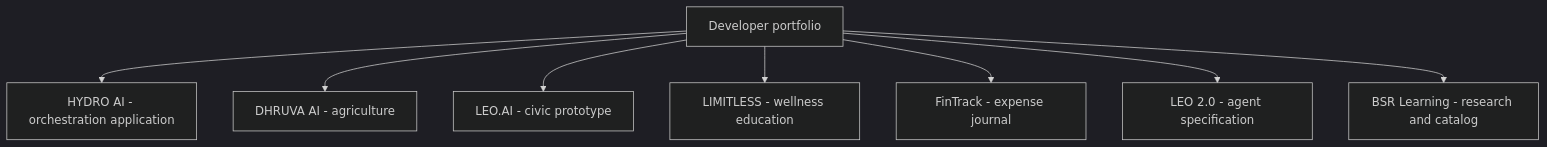
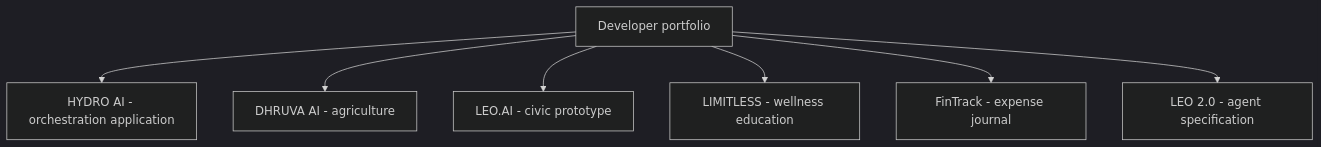
Before and after one commit to svsramakrishnanaidu-rgb/svsramakrishnanaidu-rgb: the first of 2 diagrams in ENGINEERING_GUIDE.md, drawn with Mermaid (dark theme). The commit also changed other lines of this file, not shown here.

Commit message:
Repair portfolio references after BSR Learning removal

```diff
--- a/ENGINEERING_GUIDE.md
+++ b/ENGINEERING_GUIDE.md
@@ -7,11 +7,10 @@
 ~~~mermaid
 flowchart TD
  P[Developer portfolio]
  P --> H[HYDRO AI - orchestration application]
  P --> D[DHRUVA AI - agriculture]
  P --> L[LEO.AI - civic prototype]
  P --> W[LIMITLESS - wellness education]
  P --> F[FinTrack - expense journal]
  P --> A[LEO 2.0 - agent specification]
- P --> B[BSR Learning - research and catalog]
 ~~~
```
